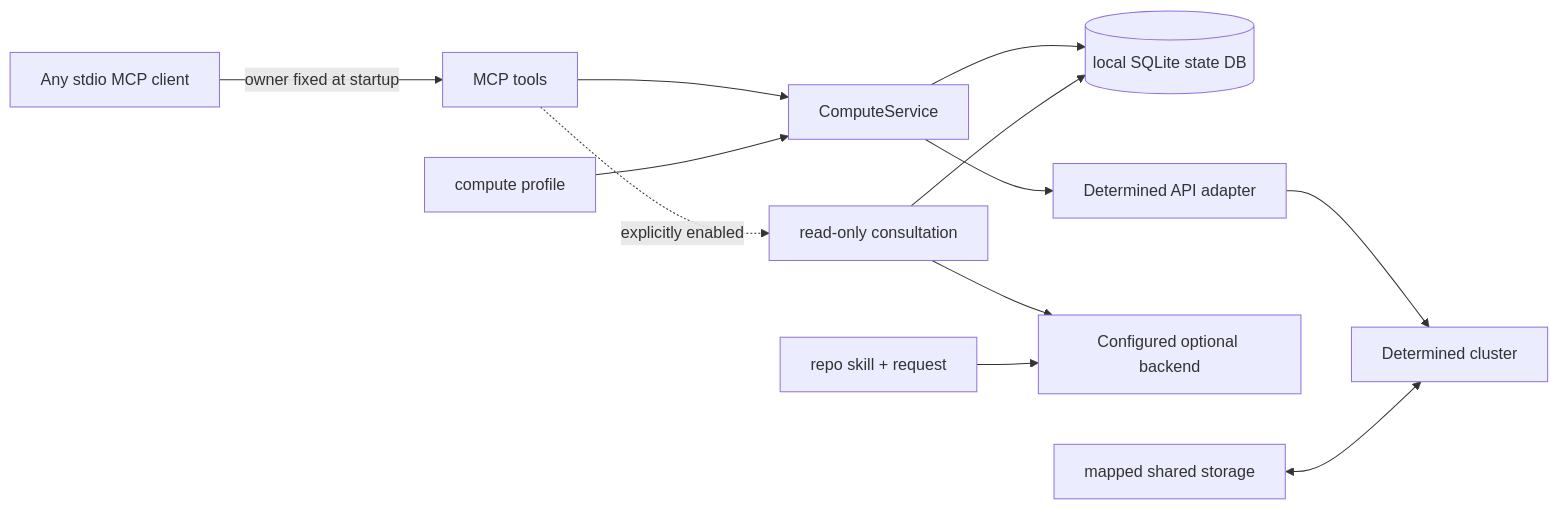
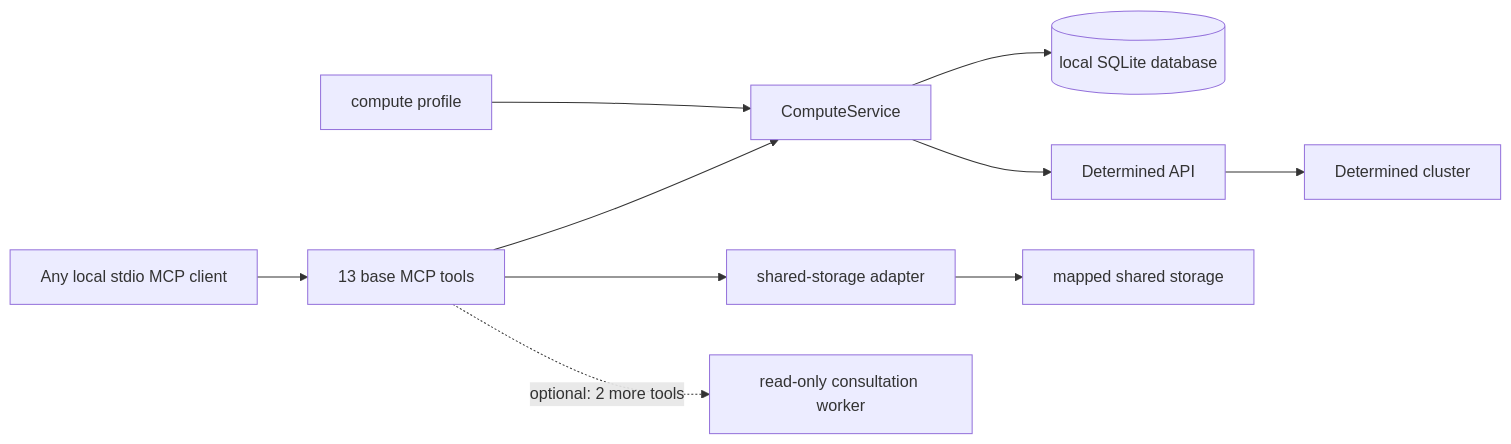
The diagram in docs/compute-service.md (LingzheZhao/determined_batch_submit), drawn with Mermaid before and after one commit. The commit also changed other lines of this file and 13 other files, not shown here.

````diff
--- a/docs/compute-service.md
+++ b/docs/compute-service.md
@@ -7,14 +12,12 @@
 ```mermaid
 flowchart LR
-    S[Any stdio MCP client] -->|owner fixed at startup| M[MCP tools]
+    U[Any local stdio MCP client] --> M[13 base MCP tools]
     M --> C[ComputeService]
-    C --> D[(local SQLite state DB)]
-    C --> A[Determined API adapter]
+    C --> D[(local SQLite database)]
+    C --> A[Determined API]
     A --> K[Determined cluster]
-    M -. explicitly enabled .-> W[read-only consultation]
-    W --> D
-    W --> X[Configured optional backend]
     P[compute profile] --> C
-    R[repo skill + request] --> X
-    H[mapped shared storage] <--> K
+    M --> S[shared-storage adapter]
+    S --> H[mapped shared storage]
+    M -. optional: 2 more tools .-> W[read-only consultation worker]
 ```
````
